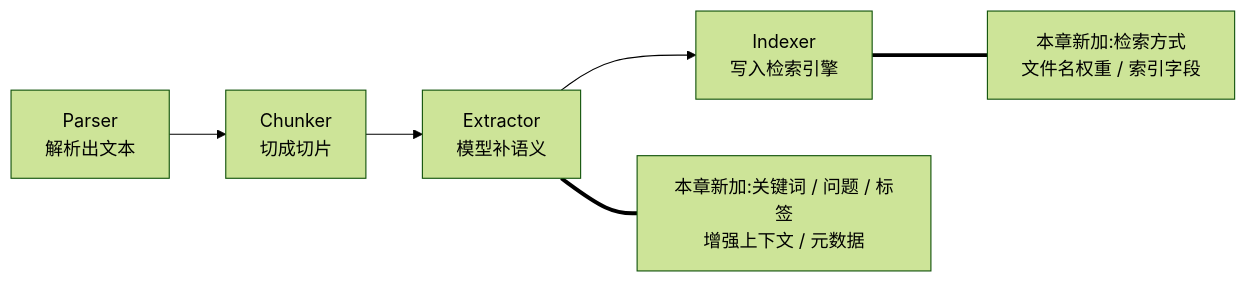
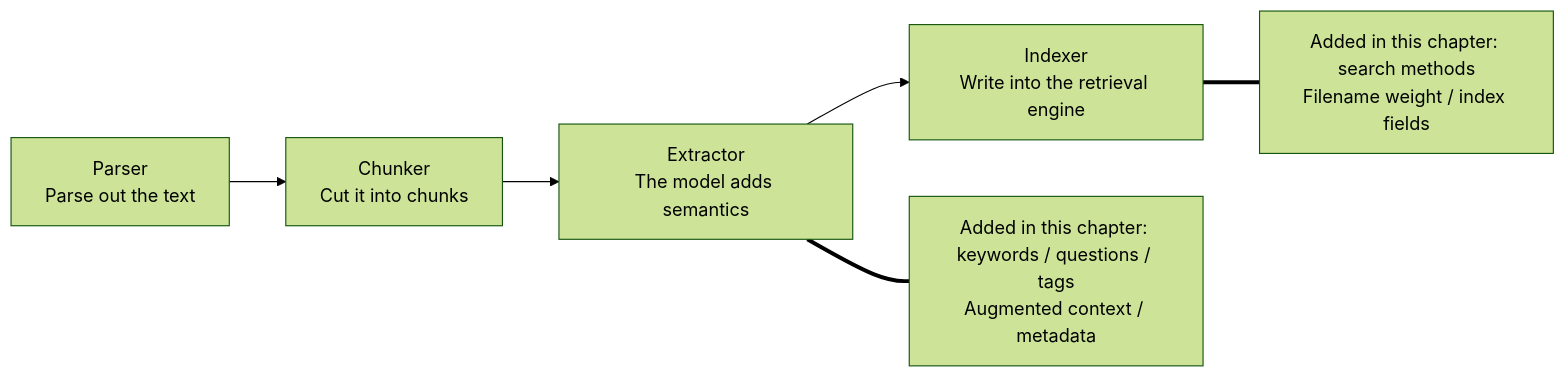
One commit to ybak/ai-tutorial changed the second of 3 diagrams in books/ragflow/en/chapters/05-enrichment-indexing.md. Above: the diagram before and after it, drawn with Mermaid (forest theme). The commit also changed other lines of this file and 16 other files, not shown here.

First line of the commit message:
docs(ragflow): 按审阅改英文图、注释和正文

````diff
--- a/books/ragflow/en/chapters/05-enrichment-indexing.md
+++ b/books/ragflow/en/chapters/05-enrichment-indexing.md
@@ -42,6 +42,6 @@
 ```mermaid
 flowchart LR
-    P["Parser<br/>解析出文本"] --> C["Chunker<br/>切成切片"] --> E["Extractor<br/>模型补语义"] --> I["Indexer<br/>写入检索引擎"]
-    E === F["本章新加:关键词 / 问题 / 标签<br/>增强上下文 / 元数据"]
-    I === G["本章新加:检索方式<br/>文件名权重 / 索引字段"]
+    P["Parser<br/>Parse out the text"] --> C["Chunker<br/>Cut it into chunks"] --> E["Extractor<br/>The model adds semantics"] --> I["Indexer<br/>Write into the retrieval engine"]
+    E === F["Added in this chapter: keywords / questions / tags<br/>Augmented context / metadata"]
+    I === G["Added in this chapter: search methods<br/>Filename weight / index fields"]
 ```
````
